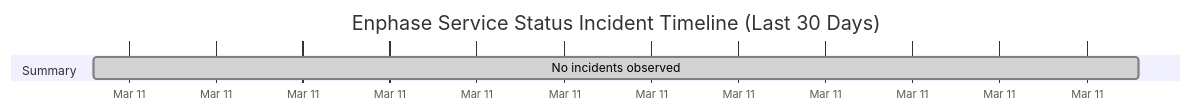
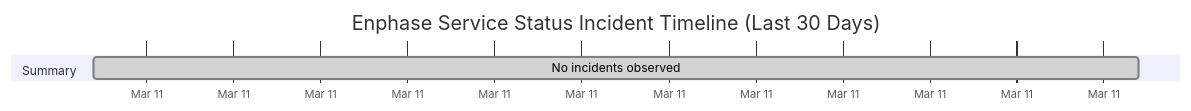
Before and after one commit to barneyonline/ha-enphase-ev-charger: the diagram in wiki/Service-Status-History.md, drawn with Mermaid. The commit also changed other lines of this file and 3 other files, not shown here.

````diff
--- a/wiki/Service-Status-History.md
+++ b/wiki/Service-Status-History.md
@@ -14,8 +14,8 @@
 ```mermaid
 gantt
     title Enphase Service Status Incident Timeline (Last 30 Days)
     dateFormat  YYYY-MM-DDTHH:mm:ss
     axisFormat  %b %d
     section Summary
-    No incidents observed :done, 2026-03-11T08:30:08, 1m
+    No incidents observed :done, 2026-03-11T09:33:37, 1m
 ```
````
